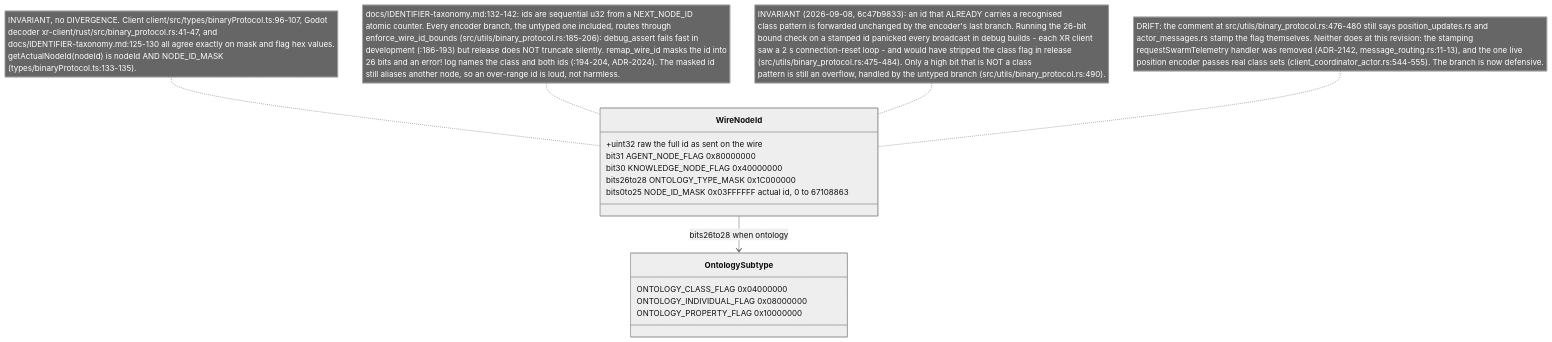
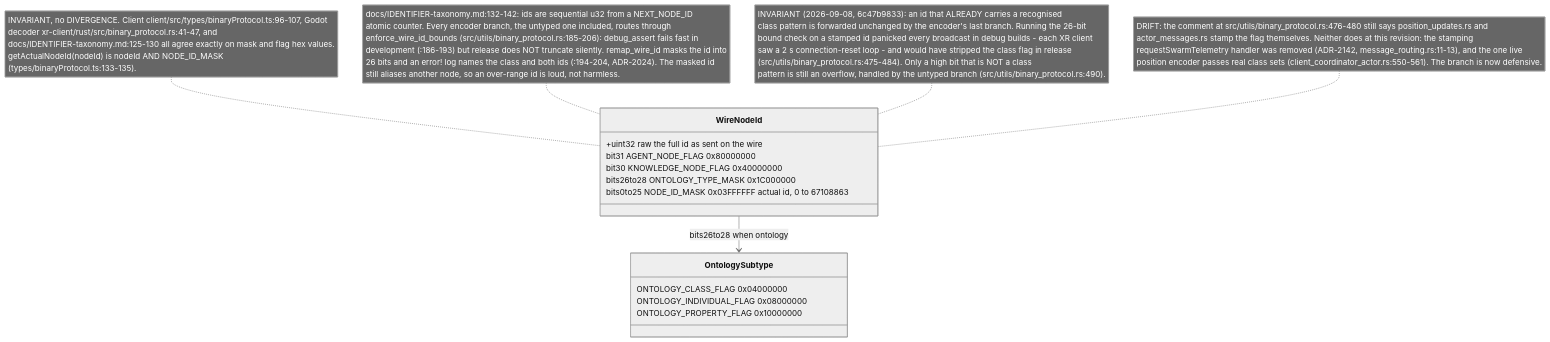
The sixth of 14 diagrams in docs/diagrams/visionclaw/32-client-websocket-and-binary.md (DreamLab-AI/VisionFlow), drawn with Mermaid (neutral theme) before and after one commit. The commit also changed other lines of this file and 56 other files, not shown here.

First line of the commit message:
docs(diagrams): re-verify VisionClaw topics at ec785afa9, add VC-19/56/57 and the VisionClaw register

````diff
--- a/docs/diagrams/visionclaw/32-client-websocket-and-binary.md
+++ b/docs/diagrams/visionclaw/32-client-websocket-and-binary.md
@@ -297,20 +312,20 @@
 ```mermaid
 classDiagram
     class WireNodeId {
       +uint32 raw  the full id as sent on the wire
       bit31 AGENT_NODE_FLAG 0x80000000
       bit30 KNOWLEDGE_NODE_FLAG 0x40000000
       bits26to28 ONTOLOGY_TYPE_MASK 0x1C000000
       bits0to25 NODE_ID_MASK 0x03FFFFFF  actual id, 0 to 67108863
     }
     class OntologySubtype {
       ONTOLOGY_CLASS_FLAG 0x04000000
       ONTOLOGY_INDIVIDUAL_FLAG 0x08000000
       ONTOLOGY_PROPERTY_FLAG 0x10000000
     }
     WireNodeId --> OntologySubtype : bits26to28 when ontology
     note for WireNodeId "INVARIANT, no DIVERGENCE. Client client/src/types/binaryProtocol.ts:96-107, Godot<br/>decoder xr-client/rust/src/binary_protocol.rs:41-47, and<br/>docs/IDENTIFIER-taxonomy.md:125-130 all agree exactly on mask and flag hex values.<br/>getActualNodeId(nodeId) is nodeId AND NODE_ID_MASK<br/>(types/binaryProtocol.ts:133-135)."
     note for WireNodeId "docs/IDENTIFIER-taxonomy.md:132-142: ids are sequential u32 from a NEXT_NODE_ID<br/>atomic counter. Every encoder branch, the untyped one included, routes through<br/>enforce_wire_id_bounds (src/utils/binary_protocol.rs:185-206): debug_assert fails fast in<br/>development (:186-193) but release does NOT truncate silently. remap_wire_id masks the id into<br/>26 bits and an error! log names the class and both ids (:194-204, ADR-2024). The masked id<br/>still aliases another node, so an over-range id is loud, not harmless."
     note for WireNodeId "INVARIANT (2026-09-08, 6c47b9833): an id that ALREADY carries a recognised<br/>class pattern is forwarded unchanged by the encoder's last branch. Running the 26-bit<br/>bound check on a stamped id panicked every broadcast in debug builds - each XR client<br/>saw a 2 s connection-reset loop - and would have stripped the class flag in release<br/>(src/utils/binary_protocol.rs:475-484). Only a high bit that is NOT a class<br/>pattern is still an overflow, handled by the untyped branch (src/utils/binary_protocol.rs:490)."
-    note for WireNodeId "DRIFT: the comment at src/utils/binary_protocol.rs:476-480 still says position_updates.rs and<br/>actor_messages.rs stamp the flag themselves. Neither does at this revision: the stamping<br/>requestSwarmTelemetry handler was removed (ADR-2142, message_routing.rs:11-13), and the one live<br/>position encoder passes real class sets (client_coordinator_actor.rs:544-555). The branch is now defensive."
+    note for WireNodeId "DRIFT: the comment at src/utils/binary_protocol.rs:476-480 still says position_updates.rs and<br/>actor_messages.rs stamp the flag themselves. Neither does at this revision: the stamping<br/>requestSwarmTelemetry handler was removed (ADR-2142, message_routing.rs:11-13), and the one live<br/>position encoder passes real class sets (client_coordinator_actor.rs:550-561). The branch is now defensive."
 ```
````
